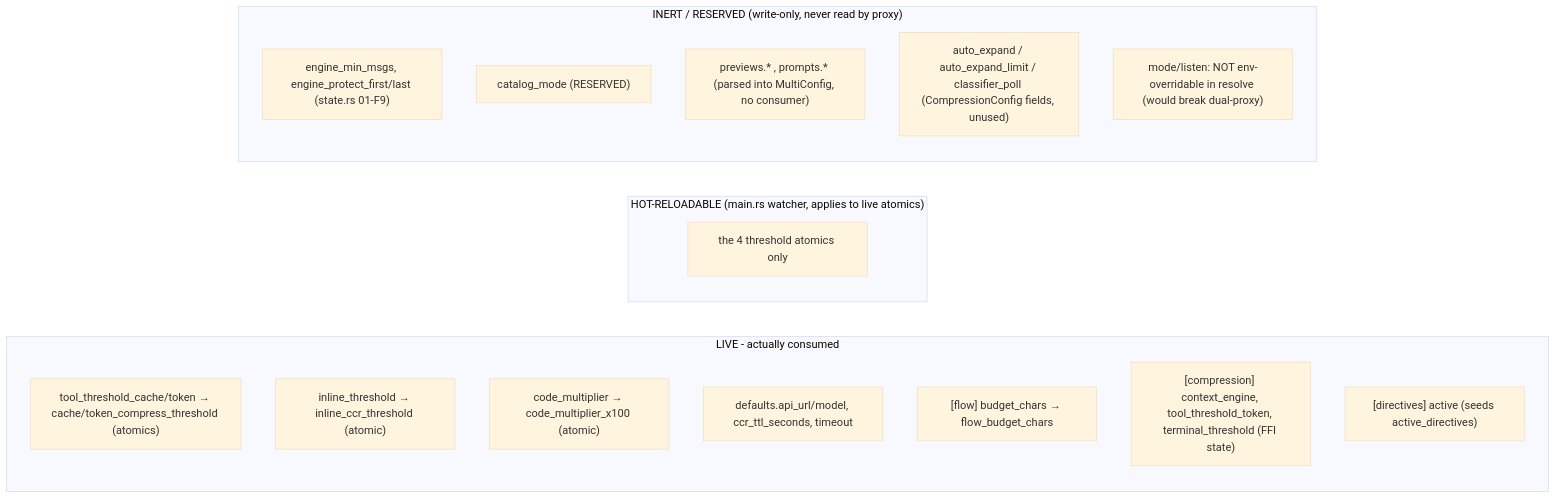
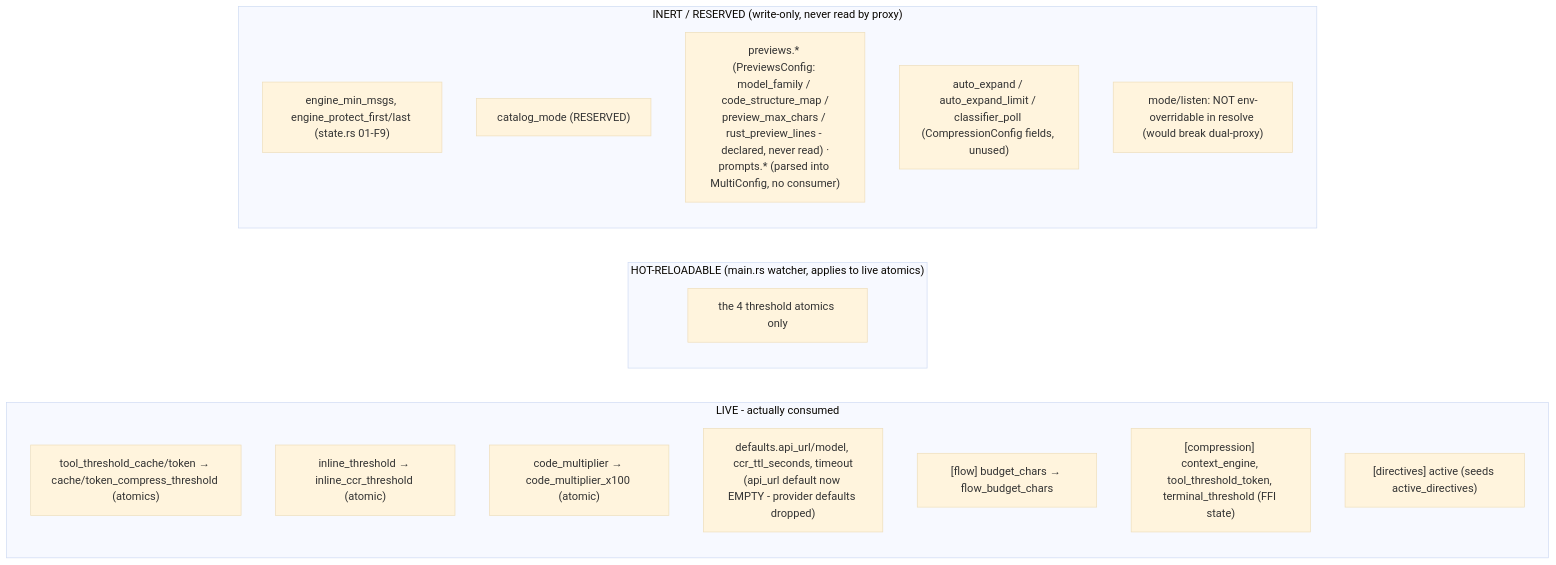
Before and after one commit to PlayForm/Aphrodite: the second of 2 diagrams in .hermes/uml/07-config-resolution.md, drawn with Mermaid (base theme). The commit also changed other lines of this file and 20 other files, not shown here.

````diff
--- a/.hermes/uml/07-config-resolution.md
+++ b/.hermes/uml/07-config-resolution.md
@@ -41,22 +41,22 @@
 ```mermaid
 flowchart LR
     subgraph live["LIVE - actually consumed"]
       L1["tool_threshold_cache/token → cache/token_compress_threshold (atomics)"]
       L2["inline_threshold → inline_ccr_threshold (atomic)"]
       L3["code_multiplier → code_multiplier_x100 (atomic)"]
-      L4["defaults.api_url/model, ccr_ttl_seconds, timeout"]
+      L4["defaults.api_url/model, ccr_ttl_seconds, timeout<br/>(api_url default now EMPTY - provider defaults dropped)"]
       L5["[flow] budget_chars → flow_budget_chars"]
       L6["[compression] context_engine, tool_threshold_token, terminal_threshold (FFI state)"]
       L7["[directives] active (seeds active_directives)"]
     end
     subgraph hot["HOT-RELOADABLE (main.rs watcher, applies to live atomics)"]
       H1["the 4 threshold atomics only"]
     end
     subgraph inert["INERT / RESERVED (write-only, never read by proxy)"]
       I1["engine_min_msgs, engine_protect_first/last (state.rs 01-F9)"]
       I2["catalog_mode (RESERVED)"]
-      I3["previews.* , prompts.* (parsed into MultiConfig, no consumer)"]
+      I3["previews.* (PreviewsConfig: model_family / code_structure_map /<br/>preview_max_chars / rust_preview_lines - declared, never read) ·<br/>prompts.* (parsed into MultiConfig, no consumer)"]
       I4["auto_expand / auto_expand_limit / classifier_poll (CompressionConfig fields, unused)"]
       I5["mode/listen: NOT env-overridable in resolve (would break dual-proxy)"]
     end
 ```
````
